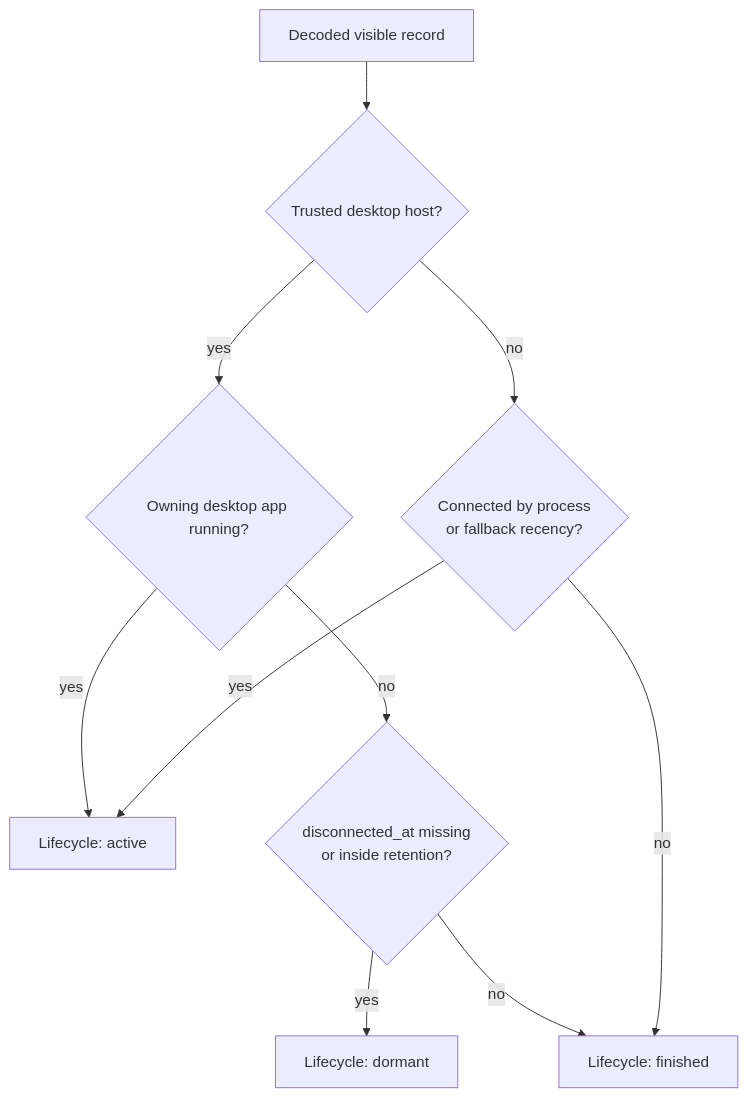
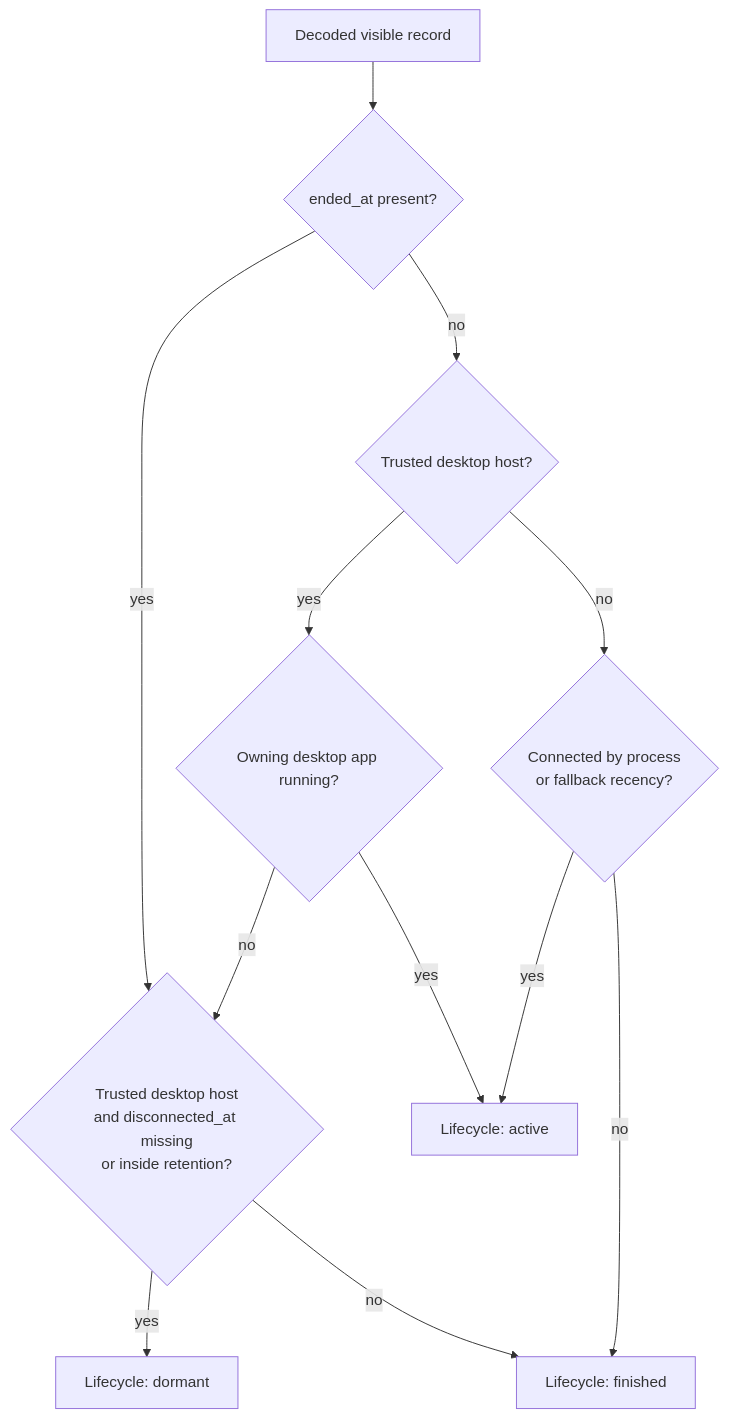
Before and after one commit to st0012/cctop: the second of 3 diagrams in docs/session-lifecycle.md, drawn with Mermaid. The commit also changed other lines of this file and 2 other files, not shown here.

Commit message:
Preserve ended desktop session lifecycle

````diff
--- a/docs/session-lifecycle.md
+++ b/docs/session-lifecycle.md
@@ -36,14 +36,17 @@
 ```mermaid
 flowchart TD
-    A["Decoded visible record"] --> B{"Trusted desktop host?"}
+    A["Decoded visible record"] --> B{"ended_at present?"}
 
-    B -->|yes| C{"Owning desktop app running?"}
-    C -->|yes| D["Lifecycle: active"]
-    C -->|no| E{"disconnected_at missing<br/>or inside retention?"}
+    B -->|yes| E{"Trusted desktop host<br/>and disconnected_at missing<br/>or inside retention?"}
+    B -->|no| C{"Trusted desktop host?"}
+
+    C -->|yes| D{"Owning desktop app running?"}
+    D -->|yes| I["Lifecycle: active"]
+    D -->|no| E
     E -->|yes| F["Lifecycle: dormant"]
     E -->|no| G["Lifecycle: finished"]
 
-    B -->|no| H{"Connected by process<br/>or fallback recency?"}
-    H -->|yes| D
+    C -->|no| H{"Connected by process<br/>or fallback recency?"}
+    H -->|yes| I["Lifecycle: active"]
     H -->|no| G
 ```
````
